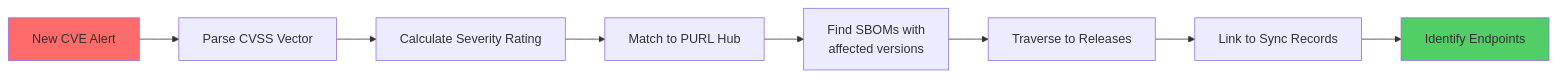
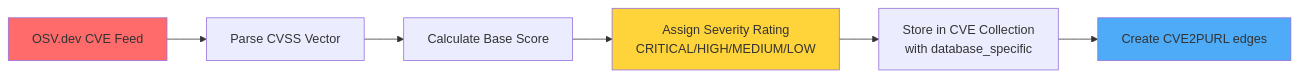
Before and after one commit to ortelius/cve2release-tracker: the first of 16 diagrams in design.md, drawn with Mermaid. The commit also changed other lines of this file and 1 other file, not shown here.

````diff
--- a/design.md
+++ b/design.md
@@ -137,13 +158,12 @@
 ```mermaid
 flowchart LR
-    A[New CVE Alert] --> B[Parse CVSS Vector]
-    B --> C[Calculate Severity Rating]
-    C --> D[Match to PURL Hub]
-    D --> E[Find SBOMs with<br/>affected versions]
-    E --> F[Traverse to Releases]
-    F --> G[Link to Sync Records]
-    G --> H[Identify Endpoints]
+    A[OSV.dev CVE Feed] --> B[Parse CVSS Vector]
+    B --> C[Calculate Base Score]
+    C --> D[Assign Severity Rating<br/>CRITICAL/HIGH/MEDIUM/LOW]
+    D --> E[Store in CVE Collection<br/>with database_specific]
+    E --> F[Create CVE2PURL edges]
     
     style A fill:#ff6b6b
-    style H fill:#51cf66
+    style D fill:#ffd43b
+    style F fill:#4dabf7
 ```
````
